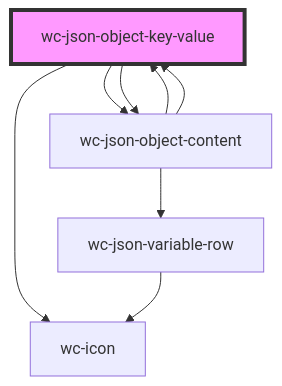
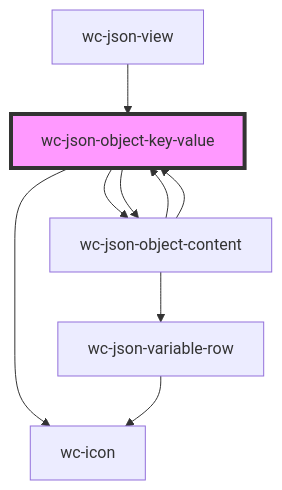
Before and after one commit to gitbu/wc-ui: the diagram in src/components/json-object-key-value/readme.md, drawn with Mermaid. The commit also changed other lines of this file and 5 other files, not shown here.

````diff
--- a/src/components/json-object-key-value/readme.md
+++ b/src/components/json-object-key-value/readme.md
@@ -34,11 +42,12 @@
 ```mermaid
 graph TD;
   wc-json-object-key-value --> wc-icon
   wc-json-object-key-value --> wc-json-object-content
   wc-json-object-key-value --> wc-json-object-content
   wc-json-object-content --> wc-json-variable-row
   wc-json-object-content --> wc-json-object-key-value
   wc-json-object-content --> wc-json-object-key-value
   wc-json-variable-row --> wc-icon
+  wc-json-view --> wc-json-object-key-value
   style wc-json-object-key-value fill:#f9f,stroke:#333,stroke-width:4px
 ```
````
